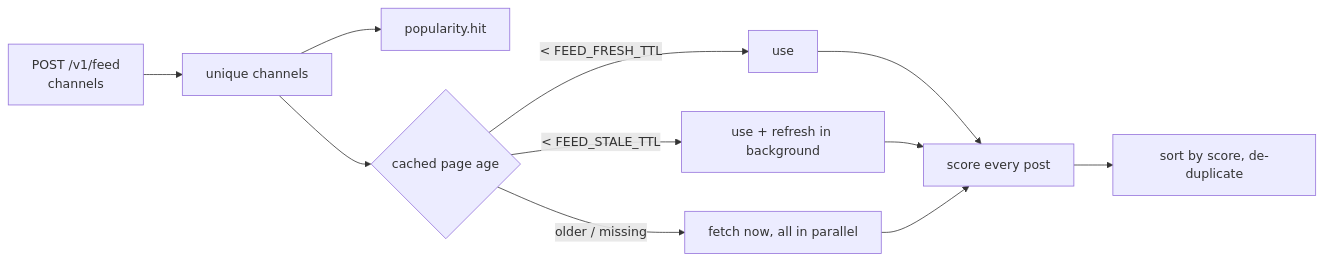
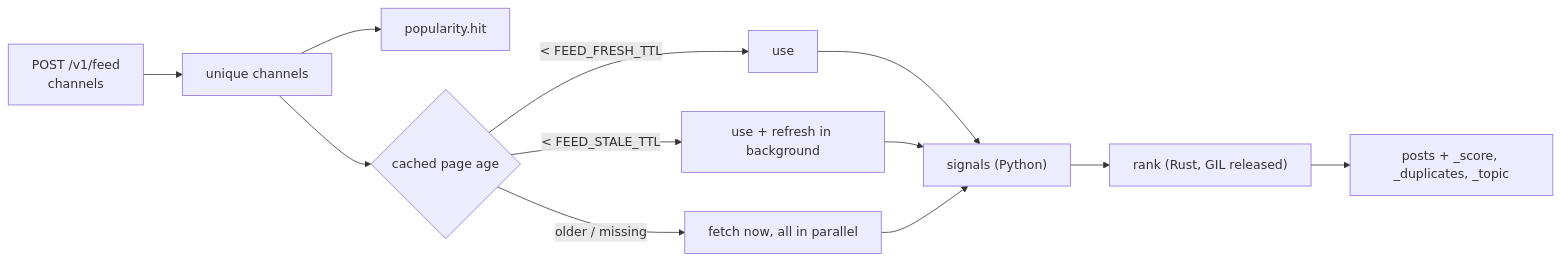
The diagram in docs/internals/feed.md (koval01/telegram-me), drawn with Mermaid before and after one commit. The commit also changed other lines of this file and 18 other files, not shown here.

````diff
--- a/docs/internals/feed.md
+++ b/docs/internals/feed.md
@@ -5,11 +5,12 @@
 ```mermaid
 flowchart LR
     Q["POST /v1/feed<br/>channels"] --> U[unique channels]
     U --> H[popularity.hit]
     U --> P{cached page age}
     P -- "< FEED_FRESH_TTL" --> USE[use]
     P -- "< FEED_STALE_TTL" --> USE2[use + refresh in background]
     P -- "older / missing" --> FETCH[fetch now, all in parallel]
-    USE & USE2 & FETCH --> S[score every post]
-    S --> SORT[sort by score, de-duplicate]
+    USE & USE2 & FETCH --> SIG["signals (Python)"]
+    SIG --> RANK["rank (Rust, GIL released)"]
+    RANK --> OUT[posts + _score, _duplicates, _topic]
 ```
````
